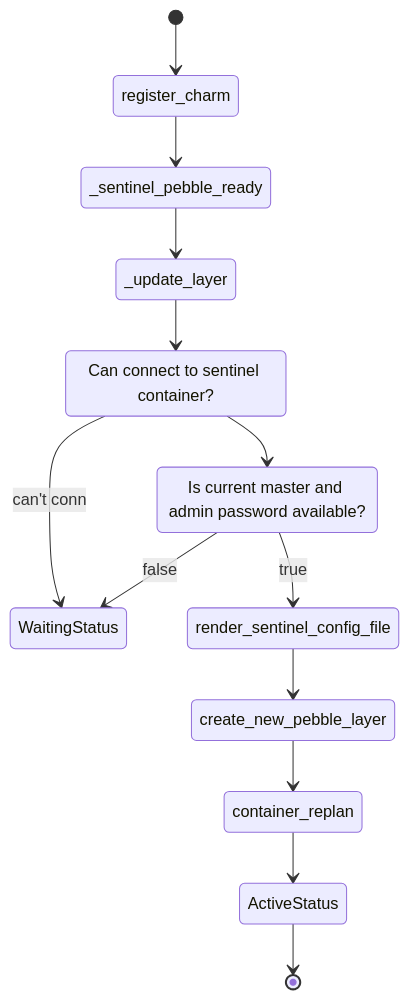
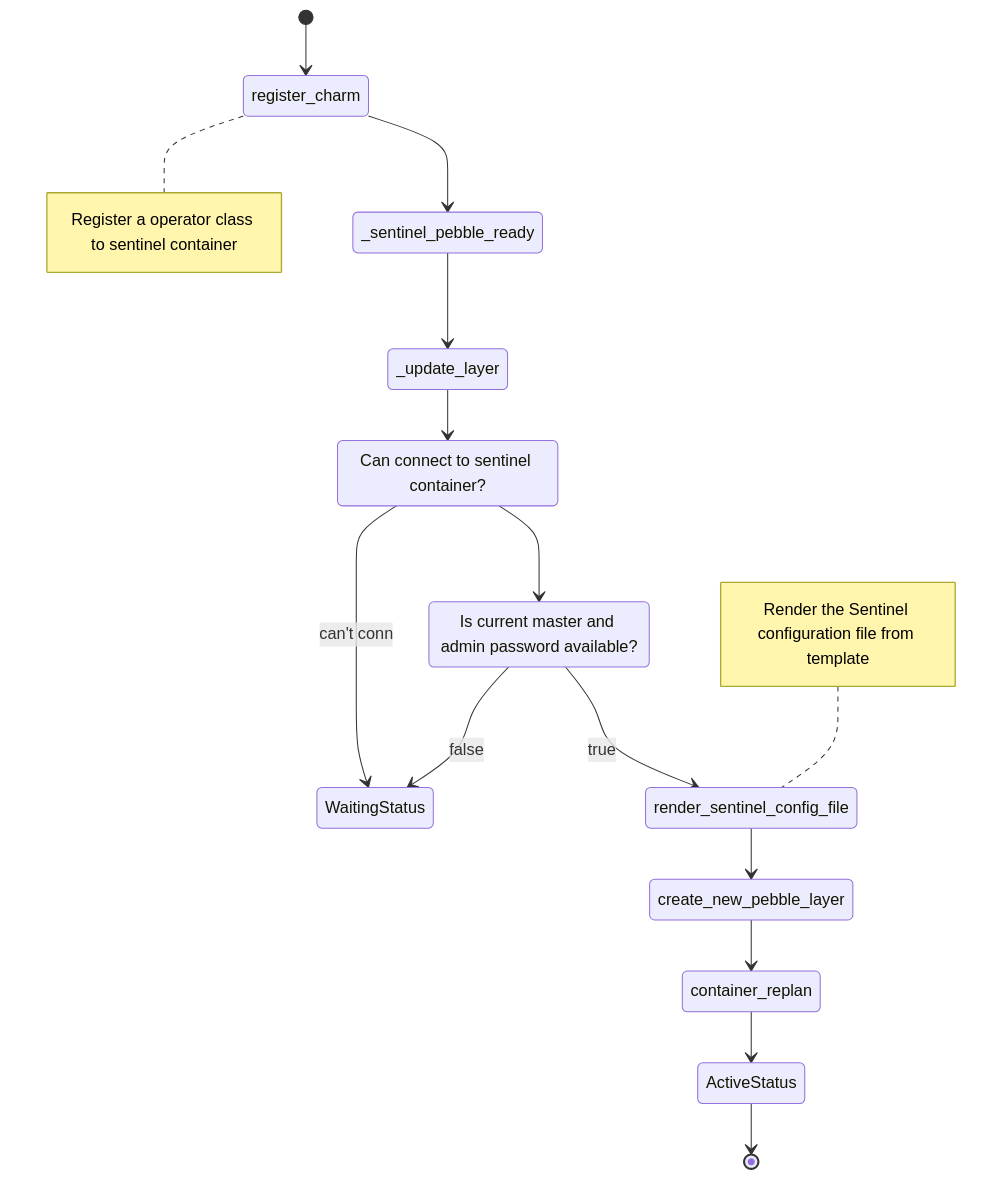
The diagram in tutorial-operator-charm/deployment-part3-sentinel.md (jneo8/juju-guides), drawn with Mermaid before and after one commit. The commit also changed other lines of this file and 4 other files, not shown here.

Commit message:
docs(tutorial-operator-charm): Update comment

````diff
--- a/tutorial-operator-charm/deployment-part3-sentinel.md
+++ b/tutorial-operator-charm/deployment-part3-sentinel.md
@@ -28,22 +53,30 @@
 ```mermaid
 stateDiagram-v2
 
     state "Can connect to sentinel container?" as if_can_conn_to_container
     state "Is current master and admin password available?" as if_peer_databag_available
 
     [*] --> register_charm
+
+    note right of register_charm
+    Register a operator class to sentinel container
+    end note
+
     register_charm --> _sentinel_pebble_ready
     _sentinel_pebble_ready --> _update_layer
     _update_layer --> if_can_conn_to_container
 
     if_can_conn_to_container --> WaitingStatus: can't conn
     if_can_conn_to_container --> if_peer_databag_available
     if_peer_databag_available --> WaitingStatus: false
     if_peer_databag_available --> render_sentinel_config_file: true
+    note left of render_sentinel_config_file
+    Render the Sentinel configuration file from template 
+    end note
 
     render_sentinel_config_file --> create_new_pebble_layer
     create_new_pebble_layer --> container_replan
 
     container_replan --> ActiveStatus
     ActiveStatus --> [*]
 ```
````
